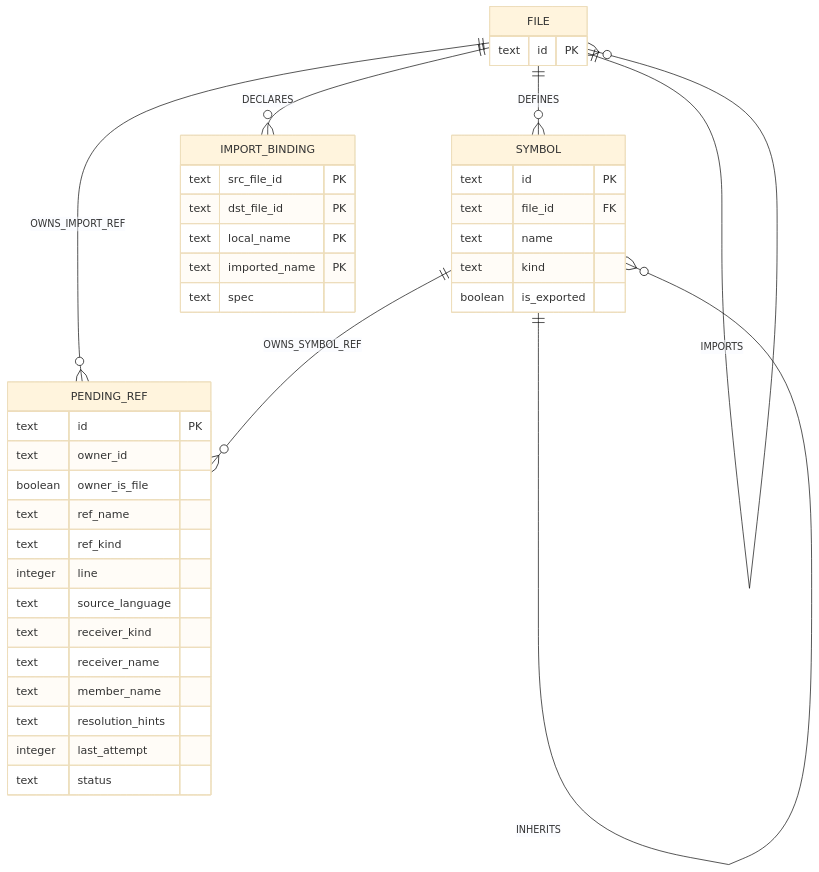
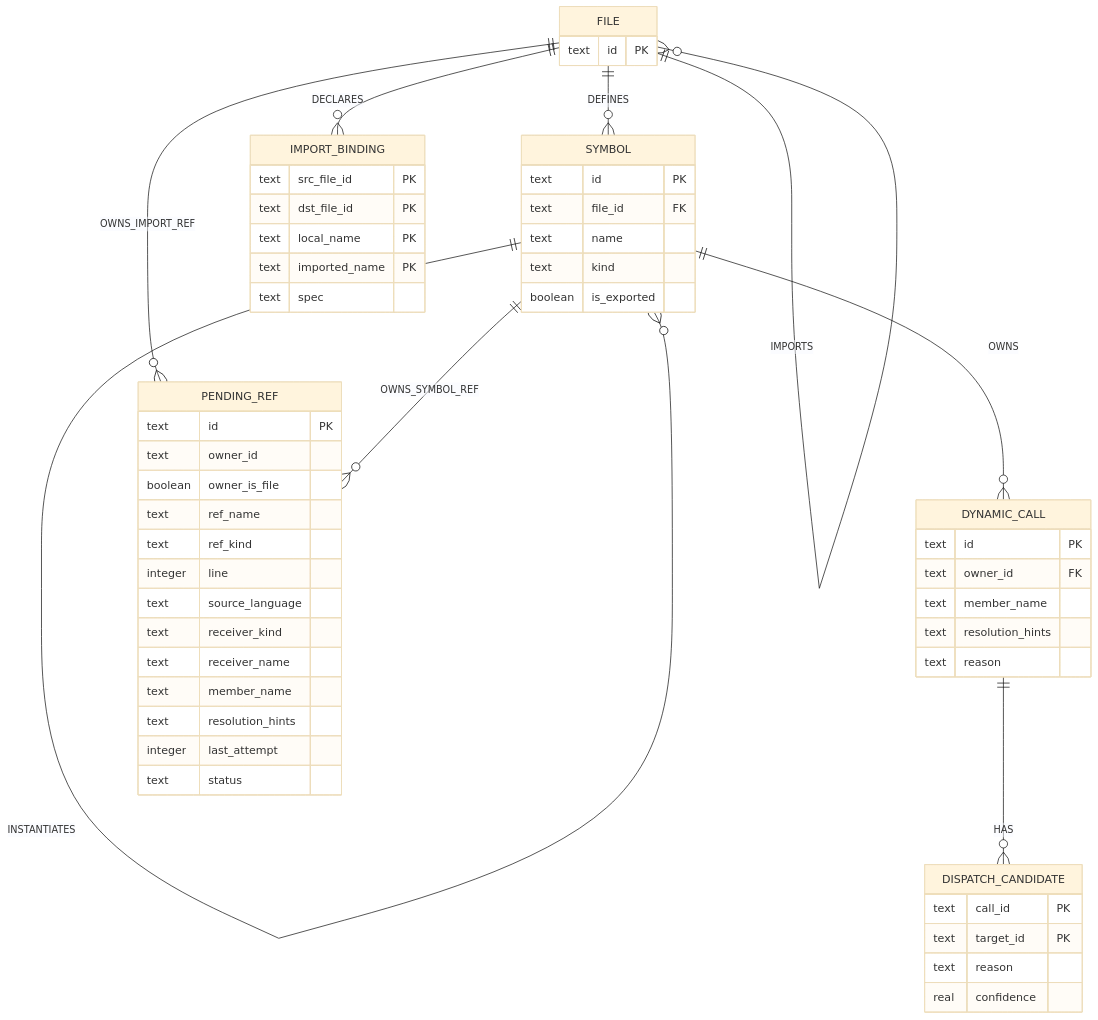
The diagram in docs/09-graph.md (liulx20/zvec-grep), drawn with Mermaid (base theme) before and after one commit. The commit also changed other lines of this file and 21 other files, not shown here.

Commit message:
feat: analyze dynamic dispatch candidates

````diff
--- a/docs/09-graph.md
+++ b/docs/09-graph.md
@@ -99,45 +99,61 @@
 ```mermaid
 erDiagram
   FILE ||--o{ SYMBOL : DEFINES
   SYMBOL ||--o{ SYMBOL : CONTAINS
   SYMBOL ||--o{ SYMBOL : CALLS
   SYMBOL ||--o{ SYMBOL : REFS
   SYMBOL ||--o{ SYMBOL : INHERITS
   FILE ||--o{ FILE : IMPORTS
   FILE ||--o{ IMPORT_BINDING : DECLARES
+  SYMBOL ||--o{ SYMBOL : INSTANTIATES
+  SYMBOL ||--o{ DYNAMIC_CALL : OWNS
+  DYNAMIC_CALL ||--o{ DISPATCH_CANDIDATE : HAS
   FILE ||--o{ PENDING_REF : OWNS_IMPORT_REF
   SYMBOL ||--o{ PENDING_REF : OWNS_SYMBOL_REF
 
   FILE {
     text id PK
   }
   SYMBOL {
     text id PK
     text file_id FK
     text name
     text kind
     boolean is_exported
   }
   PENDING_REF {
     text id PK
     text owner_id
     boolean owner_is_file
     text ref_name
     text ref_kind
     integer line
     text source_language
     text receiver_kind
     text receiver_name
     text member_name
     text resolution_hints
     integer last_attempt
     text status
   }
   IMPORT_BINDING {
     text src_file_id PK
     text dst_file_id PK
     text local_name PK
     text imported_name PK
     text spec
   }
+  DYNAMIC_CALL {
+    text id PK
+    text owner_id FK
+    text member_name
+    text resolution_hints
+    text reason
+  }
+  DISPATCH_CANDIDATE {
+    text call_id PK
+    text target_id PK
+    text reason
+    real confidence
+  }
 ```
````
